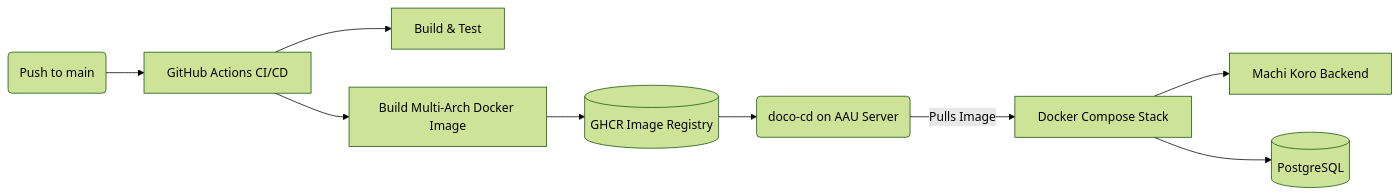
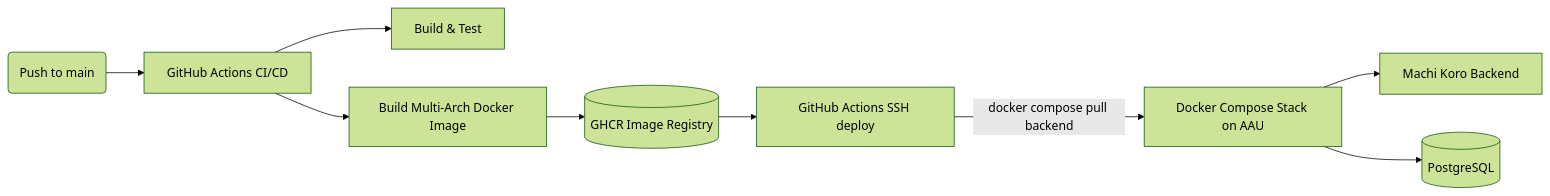
The second of 2 diagrams in README.md (SE2-Machi-Koro/Server), drawn with Mermaid (forest theme) before and after one commit. The commit also changed other lines of this file and 2 other files, not shown here.

Commit message:
docs: enhance WebSocket game protocol documentation and backend restart recovery details

````diff
--- a/README.md
+++ b/README.md
@@ -324,12 +326,12 @@
 ```mermaid
 flowchart LR
     Push(Push to main) --> Action[GitHub Actions CI/CD]
     Action --> Test[Build & Test]
     Action --> Docker[Build Multi-Arch Docker Image]
     Docker --> GHCR[(GHCR Image Registry)]
     
-    GHCR --> DocoCD(doco-cd on AAU Server)
-    DocoCD -->|Pulls Image| Production[Docker Compose Stack]
+    GHCR --> SSHDeploy[GitHub Actions SSH deploy]
+    SSHDeploy -->|docker compose pull backend| Production[Docker Compose Stack on AAU]
     Production --> Backend[Machi Koro Backend]
     Production --> DB[(PostgreSQL)]
 ```
````
